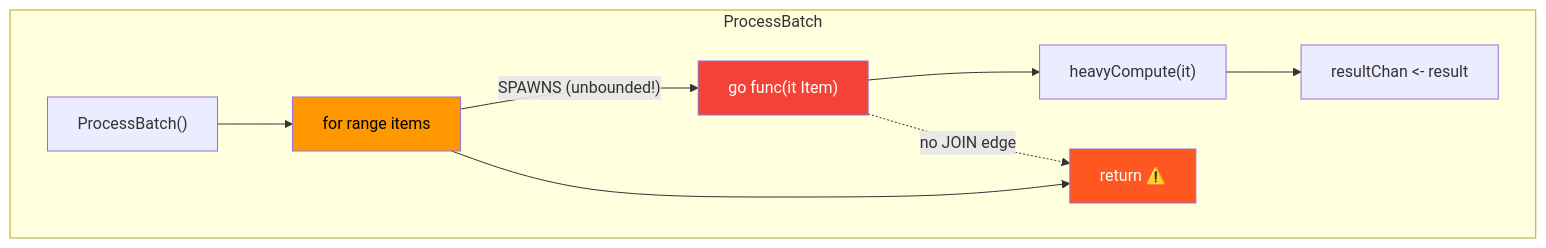
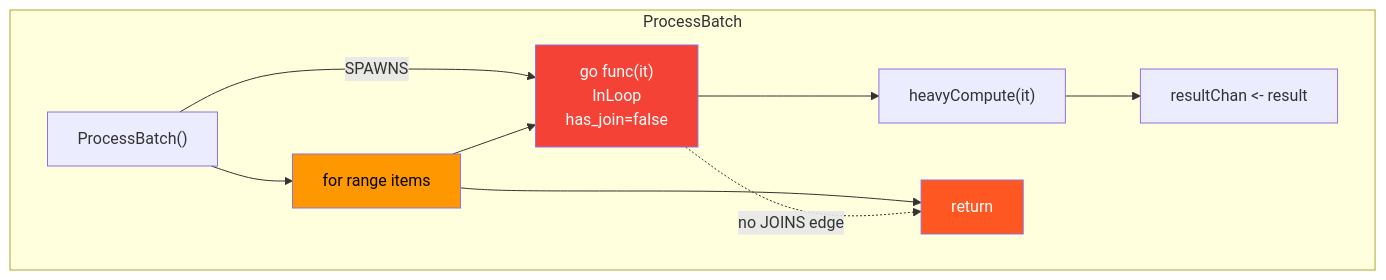
One commit to ricochet1k/orbitmesh changed the third of 6 diagrams in docs/CodeFlow/customizable-analysis-rules-review.md. Above: the diagram before and after it, drawn with Mermaid. The commit also changed other lines of this file, not shown here.

````diff
--- a/docs/CodeFlow/customizable-analysis-rules-review.md
+++ b/docs/CodeFlow/customizable-analysis-rules-review.md
@@ -784,23 +1233,23 @@
 ```mermaid
 graph TD
     subgraph "ProcessBatch"
-        PB["ProcessBatch()"]
+        FN["ProcessBatch()"]
         LOOP["for range items"]
-        SPAWN["go func(it Item)"]
+        EU["go func(it)<br/>InLoop<br/>has_join=false"]
         HC["heavyCompute(it)"]
         SEND["resultChan <- result"]
-        RET["return ⚠️"]
+        RET["return"]
     end
 
-    PB --> LOOP
-    LOOP -- "SPAWNS (unbounded!)" --> SPAWN
-    SPAWN --> HC
-    HC --> SEND
+    FN --> LOOP
+    FN -- "SPAWNS" --> EU
+    LOOP --> EU
+    EU --> HC --> SEND
     LOOP --> RET
 
-    SPAWN -. "no JOIN edge" .-> RET
+    EU -. "no JOINS edge" .-> RET
 
-    style SPAWN fill:#f44336,color:#fff
+    style EU fill:#f44336,color:#fff
     style LOOP fill:#ff9800,color:#000
     style RET fill:#ff5722,color:#fff
 ```
````
